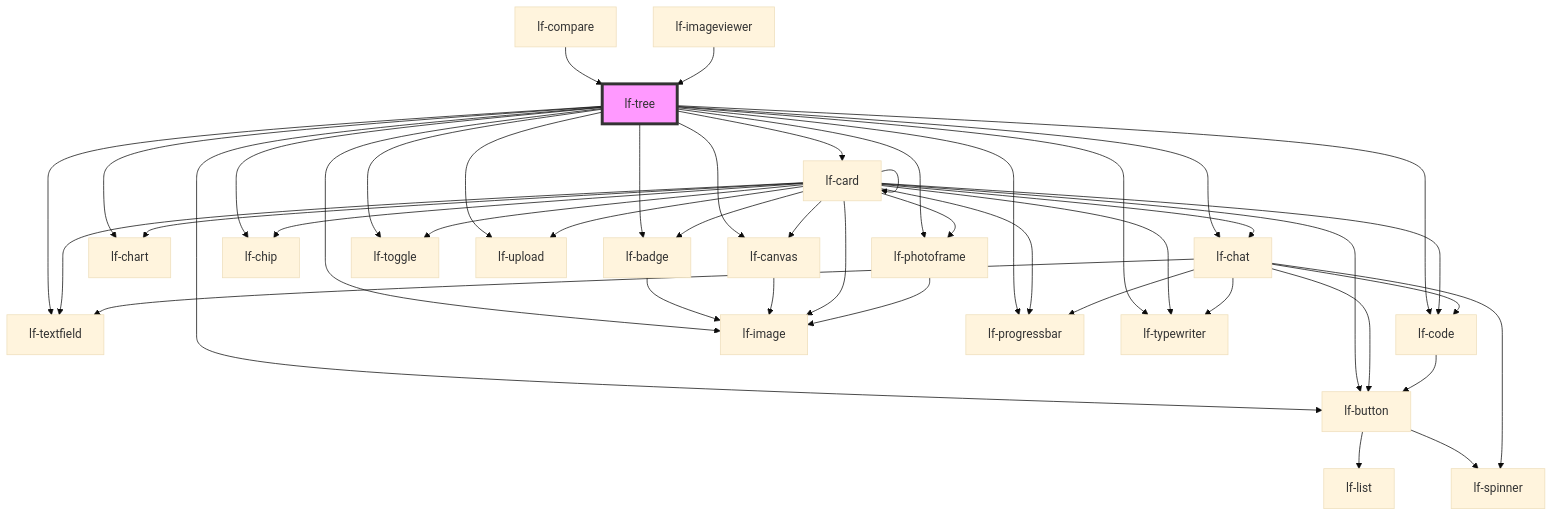
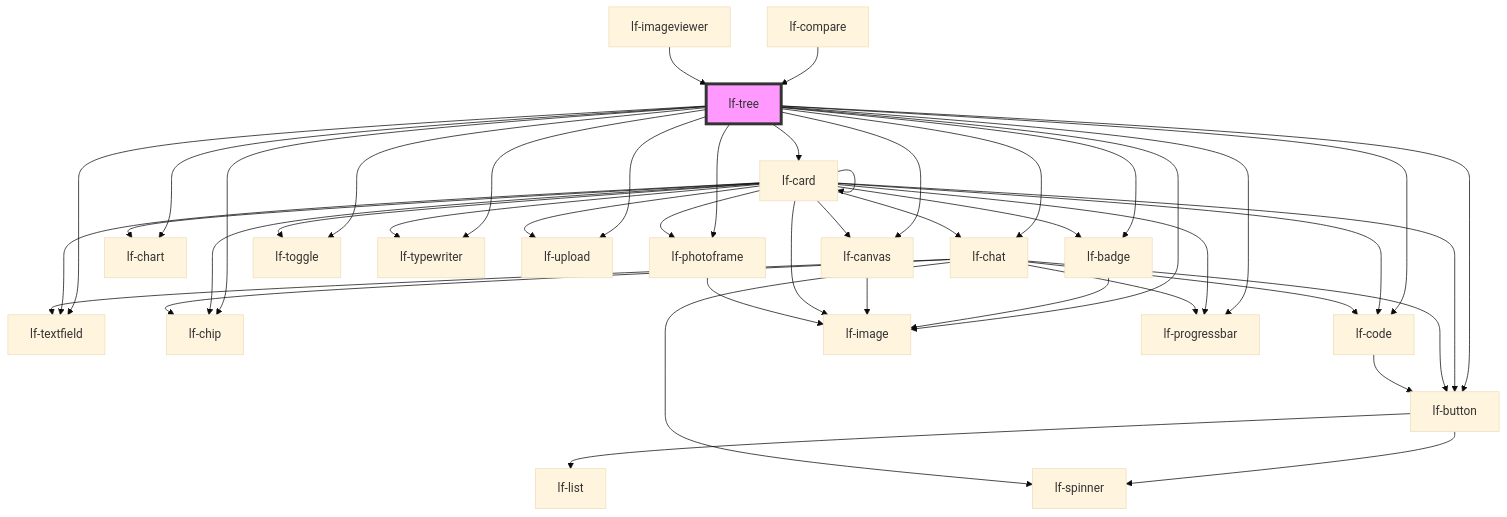
The diagram in packages/core/src/components/lf-tree/readme.md (lucafoscili/lf-widgets), drawn with Mermaid (base theme) before and after one commit. The commit also changed 17 other files, not shown here.

````diff
--- a/packages/core/src/components/lf-tree/readme.md
+++ b/packages/core/src/components/lf-tree/readme.md
@@ -199,48 +199,48 @@
 ```mermaid
 graph TD;
   lf-tree --> lf-textfield
   lf-tree --> lf-badge
   lf-tree --> lf-button
   lf-tree --> lf-canvas
   lf-tree --> lf-card
   lf-tree --> lf-chart
   lf-tree --> lf-chat
   lf-tree --> lf-chip
   lf-tree --> lf-code
   lf-tree --> lf-image
   lf-tree --> lf-photoframe
   lf-tree --> lf-progressbar
   lf-tree --> lf-toggle
   lf-tree --> lf-typewriter
   lf-tree --> lf-upload
   lf-badge --> lf-image
   lf-button --> lf-list
   lf-button --> lf-spinner
   lf-canvas --> lf-image
   lf-card --> lf-badge
   lf-card --> lf-button
   lf-card --> lf-canvas
   lf-card --> lf-card
   lf-card --> lf-chart
   lf-card --> lf-chat
   lf-card --> lf-chip
   lf-card --> lf-code
   lf-card --> lf-image
   lf-card --> lf-photoframe
   lf-card --> lf-progressbar
   lf-card --> lf-textfield
   lf-card --> lf-toggle
   lf-card --> lf-typewriter
   lf-card --> lf-upload
   lf-chat --> lf-spinner
   lf-chat --> lf-button
-  lf-chat --> lf-typewriter
+  lf-chat --> lf-chip
+  lf-chat --> lf-textfield
   lf-chat --> lf-progressbar
-  lf-chat --> lf-textfield
   lf-chat --> lf-code
   lf-code --> lf-button
   lf-photoframe --> lf-image
   lf-compare --> lf-tree
   lf-imageviewer --> lf-tree
   style lf-tree fill:#f9f,stroke:#333,stroke-width:4px
 ```
````
